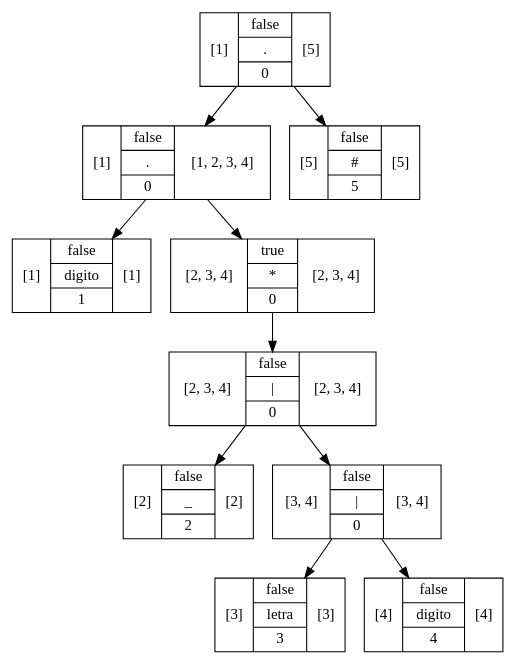
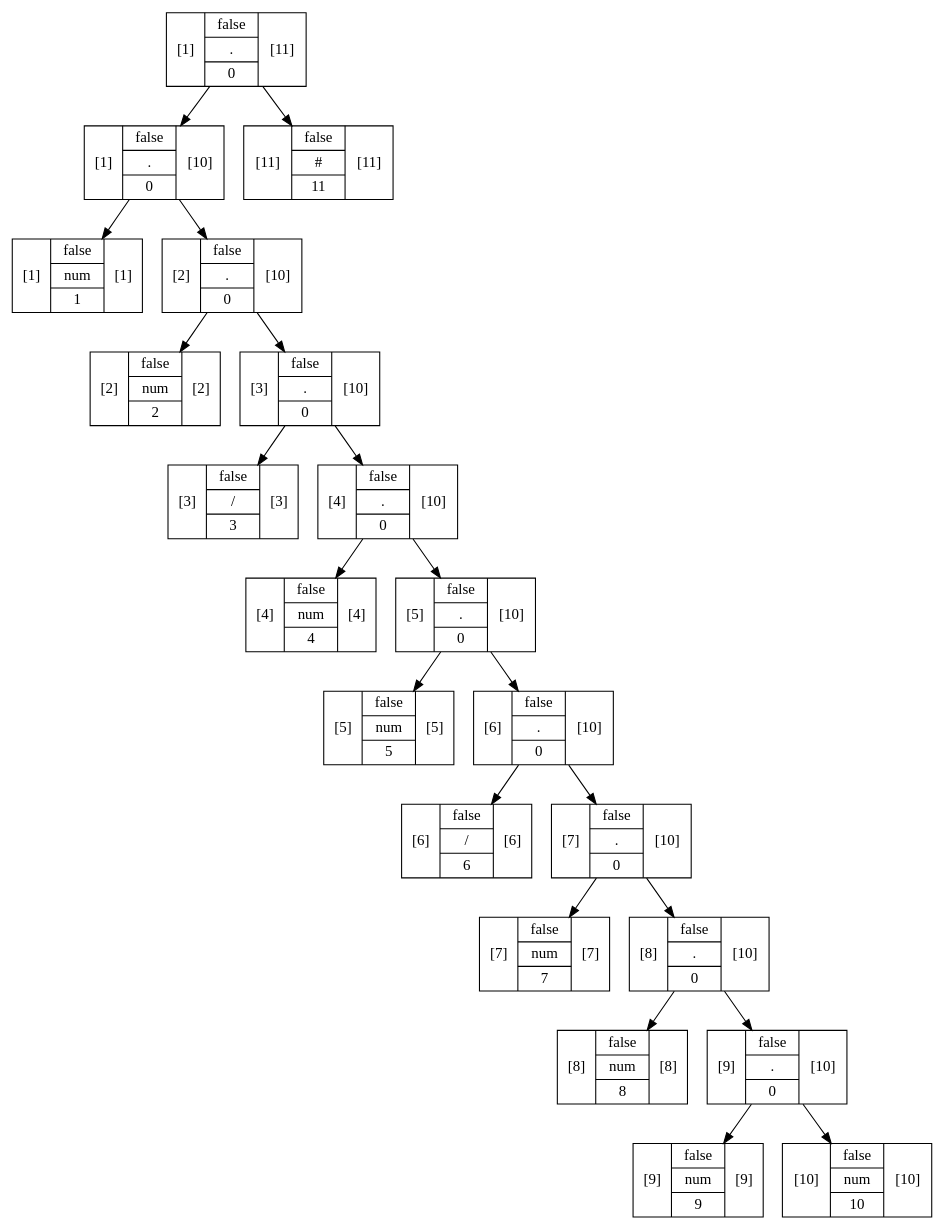
One commit to RojasCJP/Proyecto1_Compi1 changed the diagram in out/production/Proyecto1/Graphviz/Arbol14.dot. Above: the diagram before and after it, drawn with Graphviz. The commit also changed 465 other files, not shown here.

```diff
--- a/out/production/Proyecto1/Graphviz/Arbol14.dot
+++ b/out/production/Proyecto1/Graphviz/Arbol14.dot
@@ -1,21 +1,43 @@
 digraph structs {
-    node [shape=record];ArbolNodoMetodo7c90cc16[label="[1]|{false|{digito}|1}|[1]"];
-ArbolNodoMetodo7fe8d5d3[label="[2]|{false|{_}|2}|[2]"];
-ArbolNodoMetodo2565d329[label="[3]|{false|{letra}|3}|[3]"];
-ArbolNodoMetodo167da3d9[label="[4]|{false|{digito}|4}|[4]"];
-ArbolNodoMetodo6c772d7c[label="[3, 4]|{false|{\|}|0}|[3, 4]"];
-ArbolNodoMetodo6c772d7c -> ArbolNodoMetodo2565d329;
-ArbolNodoMetodo6c772d7c -> ArbolNodoMetodo167da3d9;
-ArbolNodoMetodo55083b6c[label="[2, 3, 4]|{false|{\|}|0}|[2, 3, 4]"];
-ArbolNodoMetodo55083b6c -> ArbolNodoMetodo7fe8d5d3;
-ArbolNodoMetodo55083b6c -> ArbolNodoMetodo6c772d7c;
-ArbolNodoMetodo5e7f467f[label="[2, 3, 4]|{true|{*}|0}|[2, 3, 4]"];
-ArbolNodoMetodo5e7f467f -> ArbolNodoMetodo55083b6c;
-ArbolNodoMetodo25e74502[label="[1]|{false|{.}|0}|[1, 2, 3, 4]"];
-ArbolNodoMetodo25e74502 -> ArbolNodoMetodo7c90cc16;
-ArbolNodoMetodo25e74502 -> ArbolNodoMetodo5e7f467f;
-ArbolNodoMetodo70ae800f[label="[5]|{false|{#}|5}|[5]"];
-ArbolNodoMetodo64e9162d[label="[1]|{false|{.}|0}|[5]"];
-ArbolNodoMetodo64e9162d -> ArbolNodoMetodo25e74502;
-ArbolNodoMetodo64e9162d -> ArbolNodoMetodo70ae800f;
+    node [shape=record];ArbolNodoMetodo1160d6fc[label="[1]|{false|{num}|1}|[1]"];
+ArbolNodoMetodof23a021[label="[2]|{false|{num}|2}|[2]"];
+ArbolNodoMetodo5caf4a66[label="[3]|{false|{/}|3}|[3]"];
+ArbolNodoMetodo1204b10e[label="[4]|{false|{num}|4}|[4]"];
+ArbolNodoMetodo5445284[label="[5]|{false|{num}|5}|[5]"];
+ArbolNodoMetodo17f4c8a5[label="[6]|{false|{/}|6}|[6]"];
+ArbolNodoMetodo31ae4c47[label="[7]|{false|{num}|7}|[7]"];
+ArbolNodoMetodo61517bd[label="[8]|{false|{num}|8}|[8]"];
+ArbolNodoMetodo2162a589[label="[9]|{false|{num}|9}|[9]"];
+ArbolNodoMetodo1062f0e0[label="[10]|{false|{num}|10}|[10]"];
+ArbolNodoMetodo536d5adf[label="[9]|{false|{.}|0}|[10]"];
+ArbolNodoMetodo536d5adf -> ArbolNodoMetodo2162a589;
+ArbolNodoMetodo536d5adf -> ArbolNodoMetodo1062f0e0;
+ArbolNodoMetodo7deb07f0[label="[8]|{false|{.}|0}|[10]"];
+ArbolNodoMetodo7deb07f0 -> ArbolNodoMetodo61517bd;
+ArbolNodoMetodo7deb07f0 -> ArbolNodoMetodo536d5adf;
+ArbolNodoMetodo4991ab29[label="[7]|{false|{.}|0}|[10]"];
+ArbolNodoMetodo4991ab29 -> ArbolNodoMetodo31ae4c47;
+ArbolNodoMetodo4991ab29 -> ArbolNodoMetodo7deb07f0;
+ArbolNodoMetodo4ef3b70b[label="[6]|{false|{.}|0}|[10]"];
+ArbolNodoMetodo4ef3b70b -> ArbolNodoMetodo17f4c8a5;
+ArbolNodoMetodo4ef3b70b -> ArbolNodoMetodo4991ab29;
+ArbolNodoMetodo7771b7a8[label="[5]|{false|{.}|0}|[10]"];
+ArbolNodoMetodo7771b7a8 -> ArbolNodoMetodo5445284;
+ArbolNodoMetodo7771b7a8 -> ArbolNodoMetodo4ef3b70b;
+ArbolNodoMetodo5280fa31[label="[4]|{false|{.}|0}|[10]"];
+ArbolNodoMetodo5280fa31 -> ArbolNodoMetodo1204b10e;
+ArbolNodoMetodo5280fa31 -> ArbolNodoMetodo7771b7a8;
+ArbolNodoMetodo168ccbab[label="[3]|{false|{.}|0}|[10]"];
+ArbolNodoMetodo168ccbab -> ArbolNodoMetodo5caf4a66;
+ArbolNodoMetodo168ccbab -> ArbolNodoMetodo5280fa31;
+ArbolNodoMetodo45946d9e[label="[2]|{false|{.}|0}|[10]"];
+ArbolNodoMetodo45946d9e -> ArbolNodoMetodof23a021;
+ArbolNodoMetodo45946d9e -> ArbolNodoMetodo168ccbab;
+ArbolNodoMetodo3f225e73[label="[1]|{false|{.}|0}|[10]"];
+ArbolNodoMetodo3f225e73 -> ArbolNodoMetodo1160d6fc;
+ArbolNodoMetodo3f225e73 -> ArbolNodoMetodo45946d9e;
+ArbolNodoMetodo6aa67ad4[label="[11]|{false|{#}|11}|[11]"];
+ArbolNodoMetodo1a0725b8[label="[1]|{false|{.}|0}|[11]"];
+ArbolNodoMetodo1a0725b8 -> ArbolNodoMetodo3f225e73;
+ArbolNodoMetodo1a0725b8 -> ArbolNodoMetodo6aa67ad4;
 }
```
